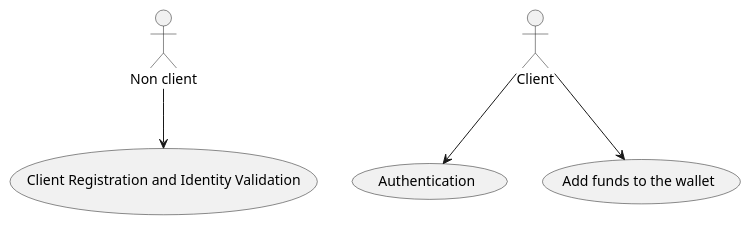
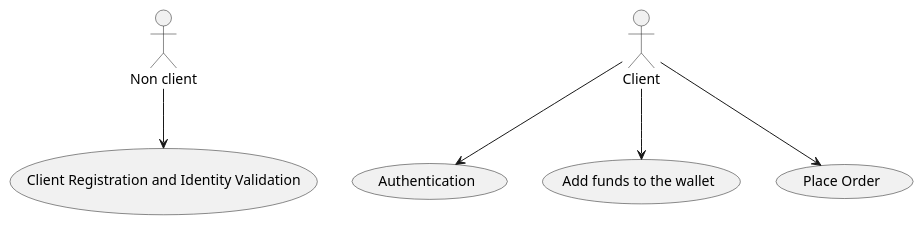
One commit to William-Lavoie/BrokerX changed the diagram in documentation/phase2/views/use_cases.puml. Above: the diagram before and after it, drawn with PlantUML. The commit also changed 2 other files, not shown here.

Commit message:
diagrams

```diff
--- a/documentation/phase2/views/use_cases.puml
+++ b/documentation/phase2/views/use_cases.puml
@@ -1,5 +1,6 @@
 @startuml
     "Non client"--> (Client Registration and Identity Validation)
     Client --> (Authentication)
     Client --> (Add funds to the wallet)
+    Client --> (Place Order)
 @enduml
```
